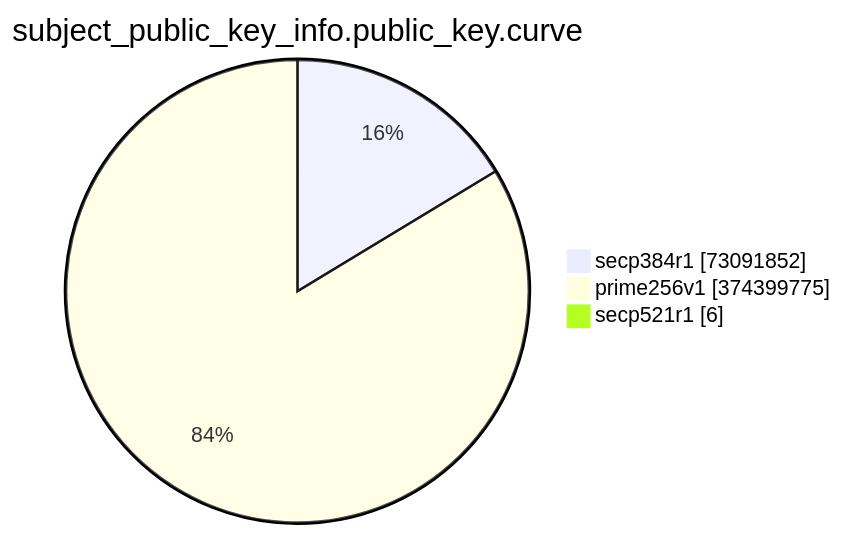
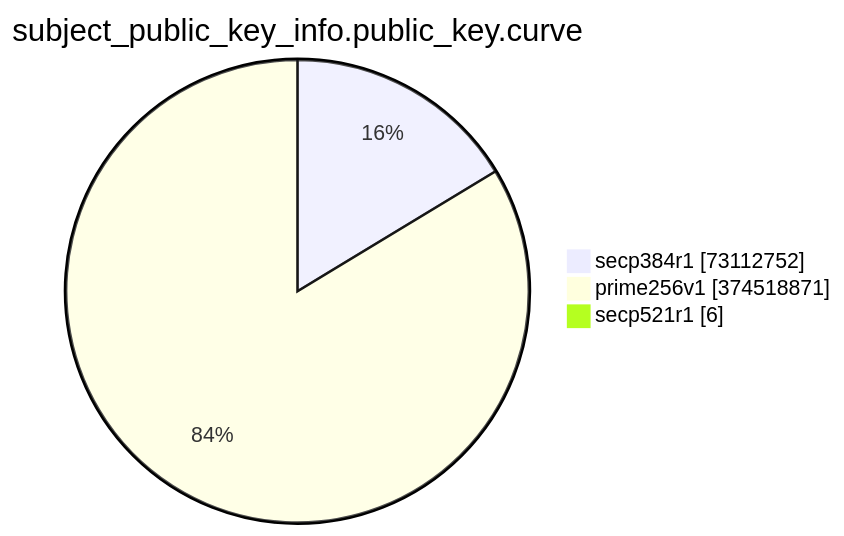
One commit to christiankrug/ctmonitor_visualization changed the eighth of 15 diagrams in TOTAL/README.md. Above: the diagram before and after it, drawn with Mermaid. The commit also changed other lines of this file, not shown here.

````diff
--- a/TOTAL/README.md
+++ b/TOTAL/README.md
@@ -3092,7 +3092,7 @@
 ```mermaid
 pie showData
 title subject_public_key_info.public_key.curve
-"secp384r1" :73091852
-"prime256v1" :374399775
+"secp384r1" :73112752
+"prime256v1" :374518871
 "secp521r1" :6
 ```
````
